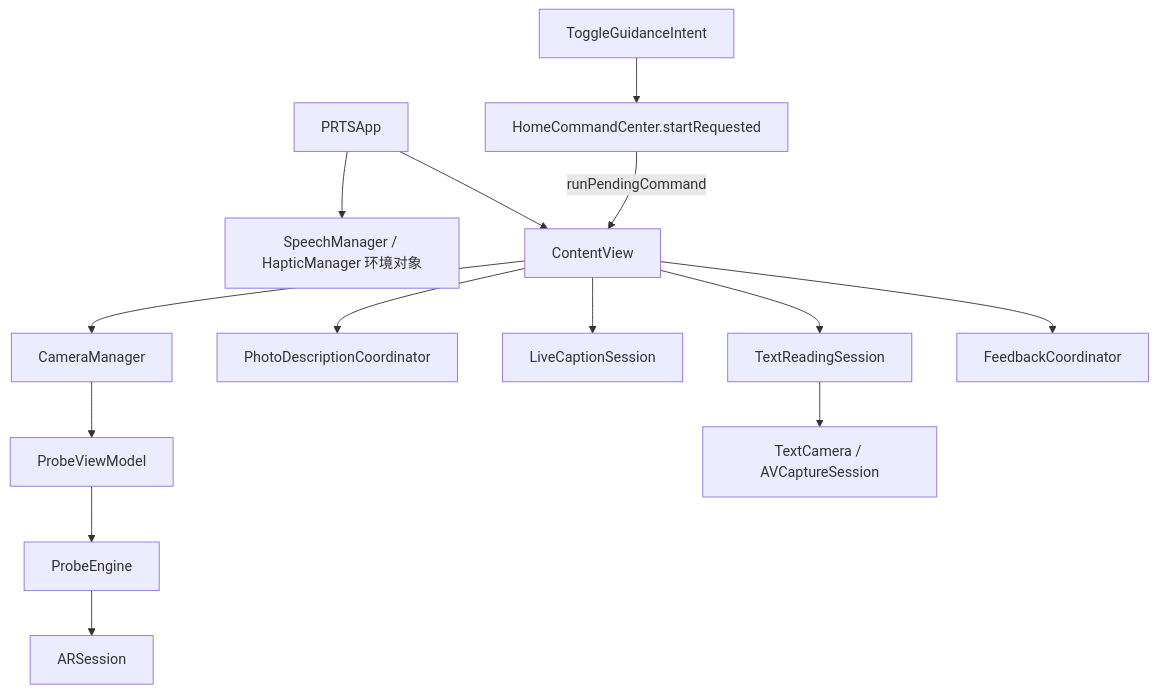
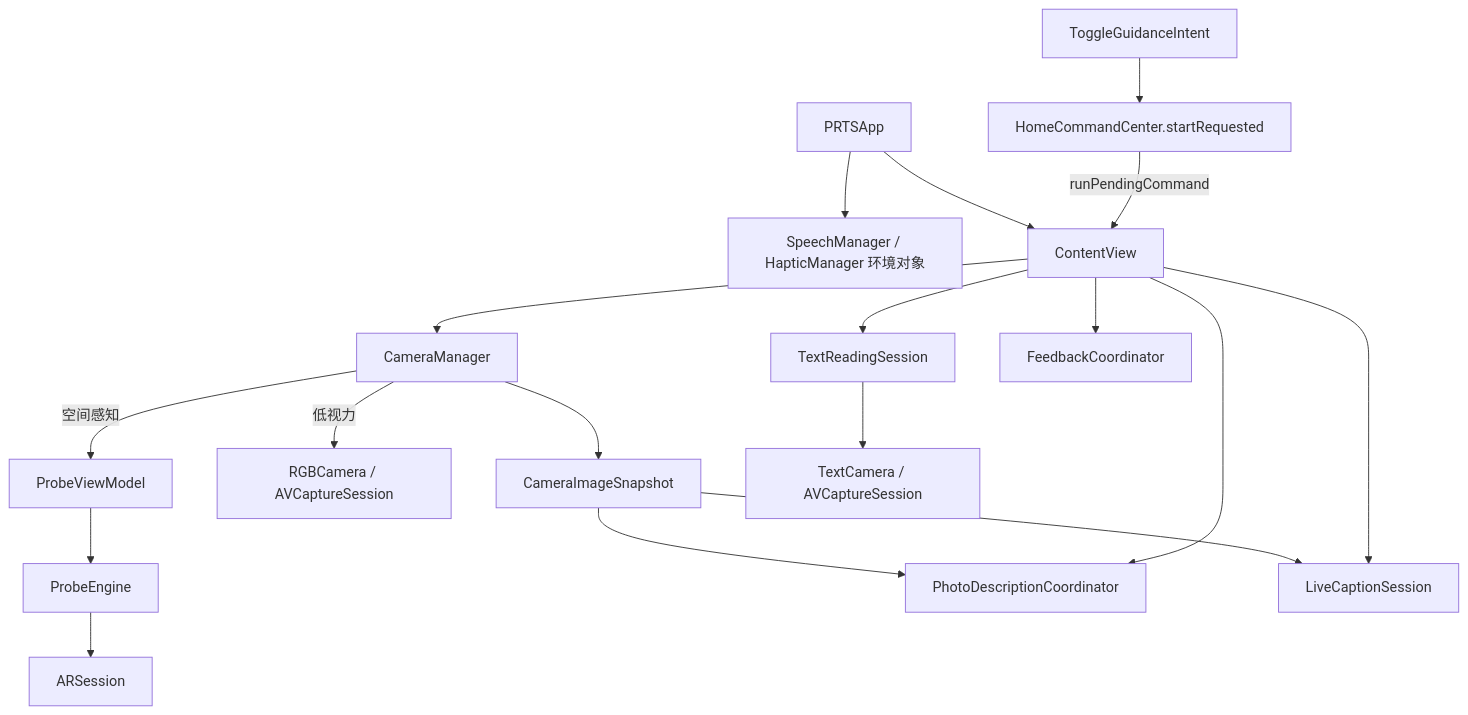
The diagram in docs/architecture.md (Rebel-Gloria/PRTS), drawn with Mermaid before and after one commit. The commit also changed other lines of this file and 75 other files, not shown here.

````diff
--- a/docs/architecture.md
+++ b/docs/architecture.md
@@ -34,16 +34,20 @@
 ```mermaid
 flowchart TD
     App[PRTSApp] --> Audio[SpeechManager / HapticManager 环境对象]
     App --> Home[ContentView]
     Intent[ToggleGuidanceIntent] --> Command[HomeCommandCenter.startRequested]
     Command -->|runPendingCommand| Home
     Home --> Camera[CameraManager]
-    Camera --> ViewModel[ProbeViewModel]
+    Camera -->|空间感知| ViewModel[ProbeViewModel]
+    Camera -->|低视力| RGB[RGBCamera / AVCaptureSession]
     ViewModel --> Engine[ProbeEngine]
     Engine --> AR[ARSession]
-    Home --> Photo[PhotoDescriptionCoordinator]
+    Camera --> Image[CameraImageSnapshot]
+    Image --> Photo[PhotoDescriptionCoordinator]
+    Image --> Caption[LiveCaptionSession]
+    Home --> Photo
     Home --> Caption[LiveCaptionSession]
     Home --> Reading[TextReadingSession]
     Reading --> TextCamera[TextCamera / AVCaptureSession]
     Home --> Feedback[FeedbackCoordinator]
 ```
````
